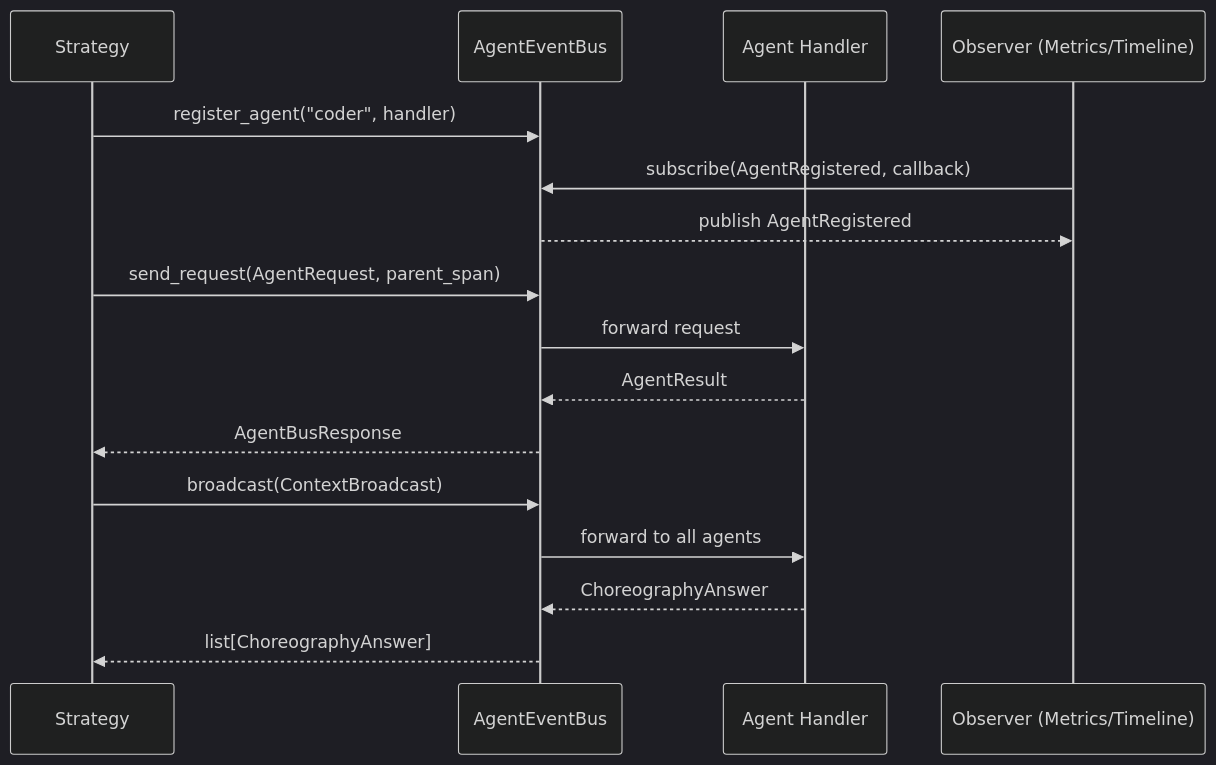
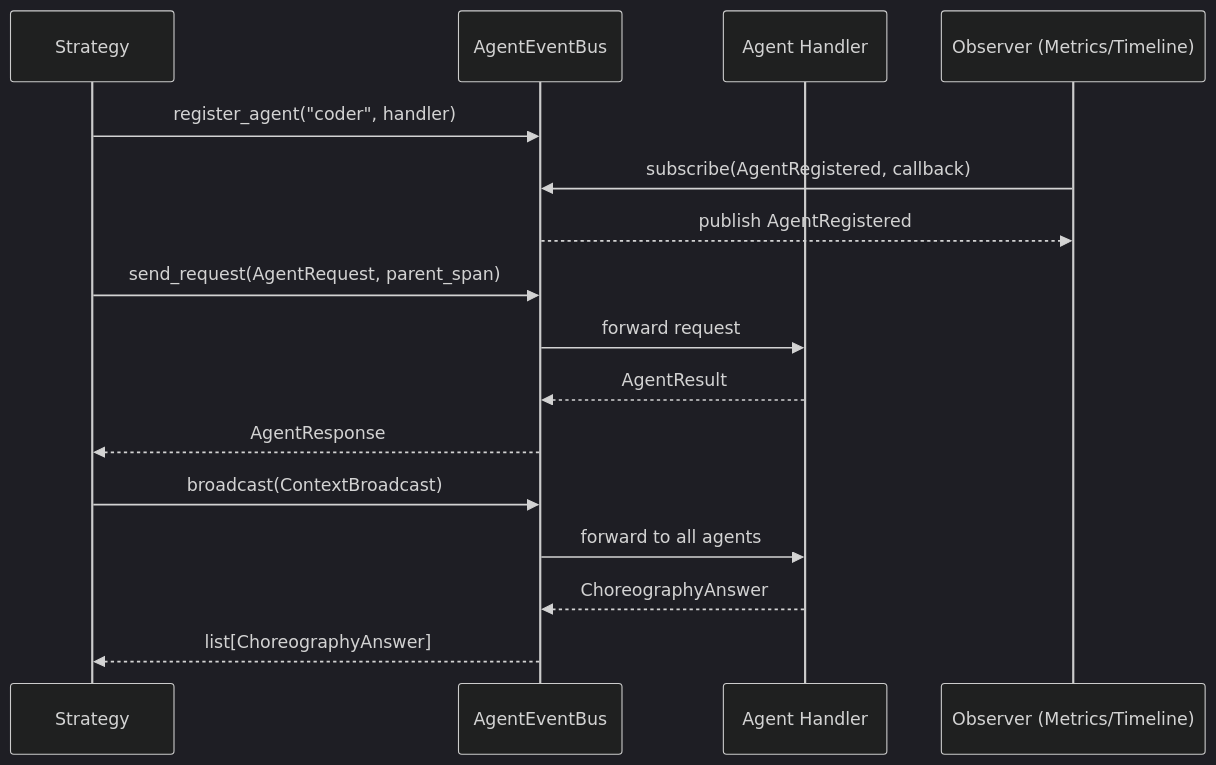
One commit to pese-git/codelab-agent changed the diagram in openspec/changes/multiagent-event-bus/proposal.md. Above: the diagram before and after it, drawn with Mermaid (dark theme). The commit also changed other lines of this file and 17 other files, not shown here.

````diff
--- a/openspec/changes/multiagent-event-bus/proposal.md
+++ b/openspec/changes/multiagent-event-bus/proposal.md
@@ -40,21 +53,21 @@
 ```mermaid
 sequenceDiagram
     participant Strategy as Strategy
     participant Bus as AgentEventBus
     participant Handler as Agent Handler
     participant Observer as Observer (Metrics/Timeline)
 
     Strategy->>Bus: register_agent("coder", handler)
     Observer->>Bus: subscribe(AgentRegistered, callback)
     Bus-->>Observer: publish AgentRegistered
 
     Strategy->>Bus: send_request(AgentRequest, parent_span)
     Bus->>Handler: forward request
     Handler-->>Bus: AgentResult
-    Bus-->>Strategy: AgentBusResponse
+    Bus-->>Strategy: AgentResponse
 
     Strategy->>Bus: broadcast(ContextBroadcast)
     Bus->>Handler: forward to all agents
     Handler-->>Bus: ChoreographyAnswer
     Bus-->>Strategy: list[ChoreographyAnswer]
 ```
````
